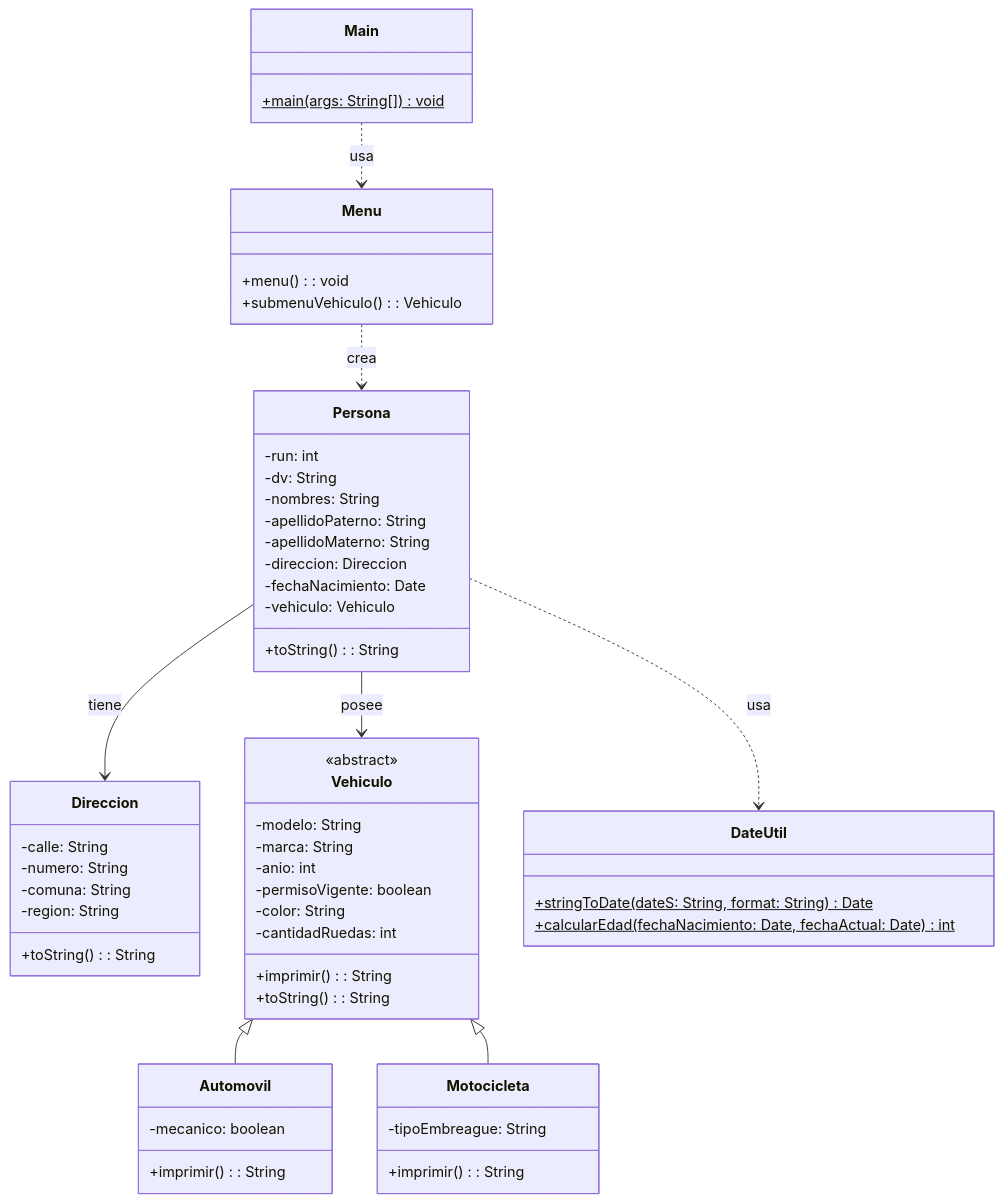
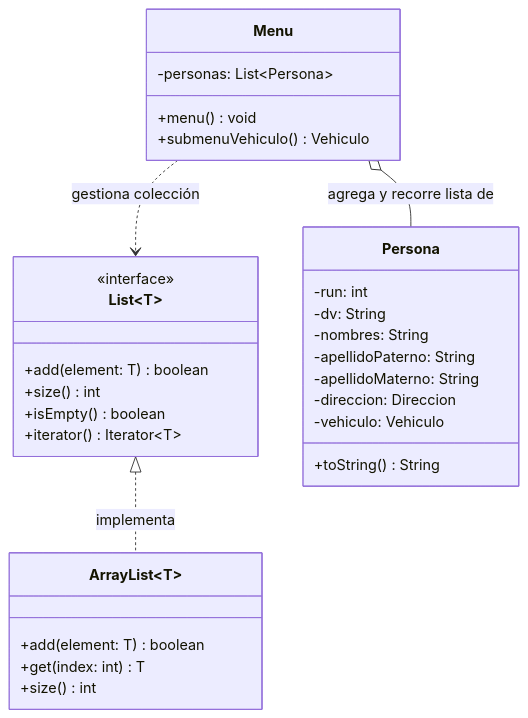
The second of 3 diagrams in 11/README.md (elprofecarreno/poo-fundaments), drawn with Mermaid before and after one commit. The commit also changed other lines of this file and 15 other files, not shown here.

````diff
--- a/11/README.md
+++ b/11/README.md
@@ -11,66 +81,37 @@
 ```mermaid
 classDiagram
-    class Main {
-        +main(args: String[])$ void
+    class List~T~ {
+        <<interface>>
+        +add(element: T) boolean
+        +size() int
+        +isEmpty() boolean
+        +iterator() Iterator~T~
+    }
+
+    class ArrayList~T~ {
+        +add(element: T) boolean
+        +get(index: int) T
+        +size() int
     }
 
     class Menu {
-        +menu(): void
-        +submenuVehiculo(): Vehiculo
+        -personas: List~Persona~
+        +menu() void
+        +submenuVehiculo() Vehiculo
     }
 
     class Persona {
         -run: int
         -dv: String
         -nombres: String
         -apellidoPaterno: String
         -apellidoMaterno: String
         -direccion: Direccion
-        -fechaNacimiento: Date
         -vehiculo: Vehiculo
-        +toString(): String
+        +toString() String
     }
 
-    class Direccion {
-        -calle: String
-        -numero: String
-        -comuna: String
-        -region: String
-        +toString(): String
-    }
-
-    class Vehiculo {
-        <<abstract>>
-        -modelo: String
-        -marca: String
-        -anio: int
-        -permisoVigente: boolean
-        -color: String
-        -cantidadRuedas: int
-        +imprimir(): String
-        +toString(): String
-    }
-
-    class Automovil {
-        -mecanico: boolean
-        +imprimir(): String
-    }
-
-    class Motocicleta {
-        -tipoEmbreague: String
-        +imprimir(): String
-    }
-
-    class DateUtil {
-        +stringToDate(dateS: String, format: String)$ Date
-        +calcularEdad(fechaNacimiento: Date, fechaActual: Date)$ int
-    }
-
-    Vehiculo <|-- Automovil
-    Vehiculo <|-- Motocicleta
-    Persona --> Direccion : tiene
-    Persona --> Vehiculo : posee
-    Main ..> Menu : usa
-    Menu ..> Persona : crea
-    Persona ..> DateUtil : usa
+    List <|.. ArrayList : implementa
+    Menu o-- Persona : agrega y recorre lista de
+    Menu ..> List : gestiona colección
 ```
````
